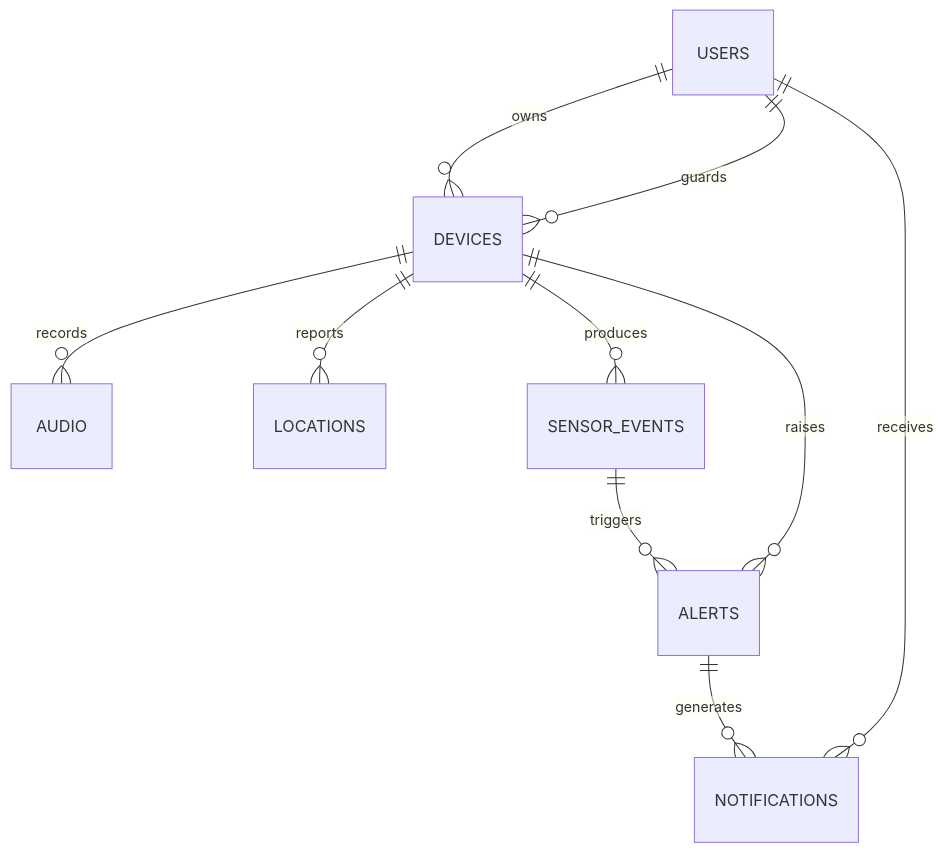
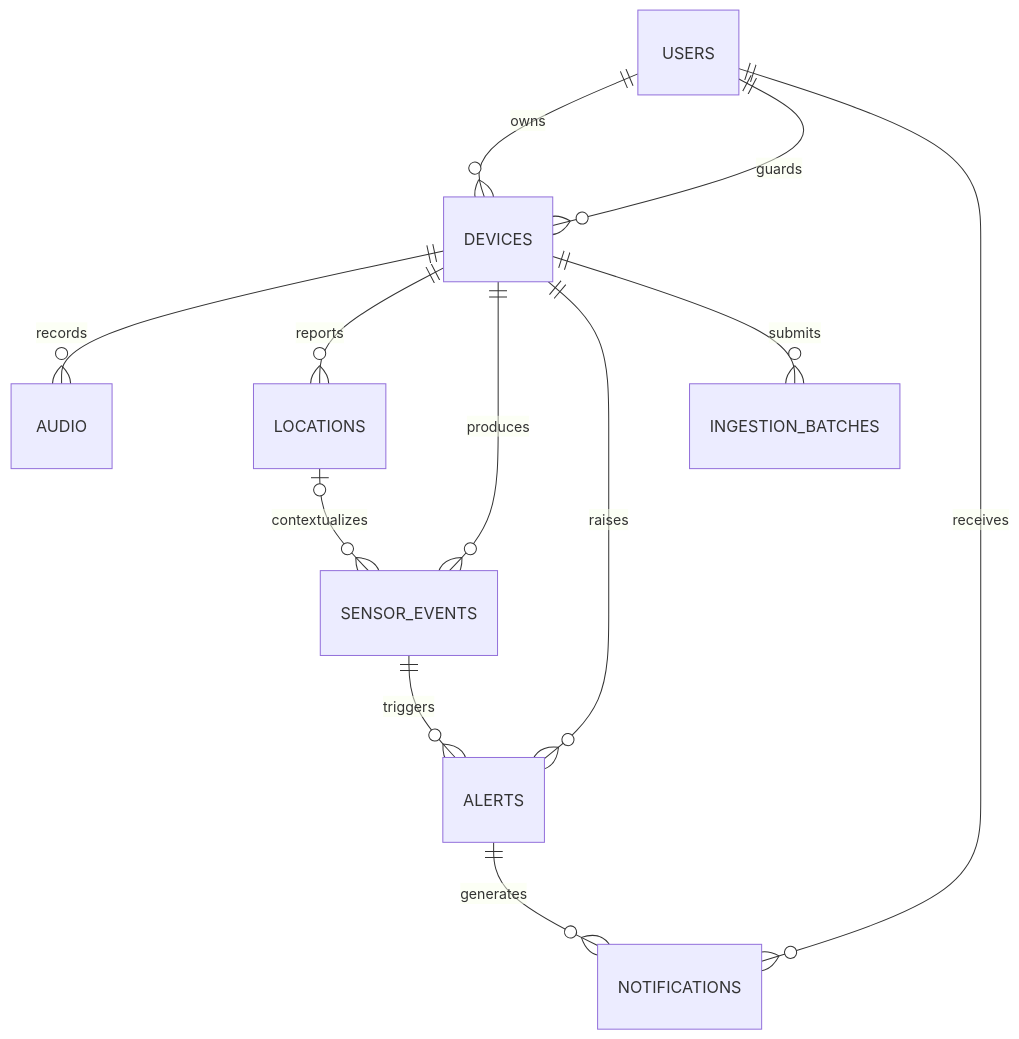
The diagram in docs/schema.md (Taiwan-2026-Hackathon-Team/canepanion-server), drawn with Mermaid before and after one commit. The commit also changed other lines of this file, not shown here.

Commit message:
📝docs: update schema.md w/ the latest changes

````diff
--- a/docs/schema.md
+++ b/docs/schema.md
@@ -9,12 +9,14 @@
 ```mermaid
 erDiagram
     USERS ||--o{ DEVICES : owns
     USERS ||--o{ DEVICES : guards
     USERS ||--o{ NOTIFICATIONS : receives
     DEVICES ||--o{ AUDIO : records
     DEVICES ||--o{ LOCATIONS : reports
     DEVICES ||--o{ SENSOR_EVENTS : produces
     DEVICES ||--o{ ALERTS : raises
+    DEVICES ||--o{ INGESTION_BATCHES : submits
+    LOCATIONS o|--o{ SENSOR_EVENTS : contextualizes
     SENSOR_EVENTS ||--o{ ALERTS : triggers
     ALERTS ||--o{ NOTIFICATIONS : generates
 ```
````
